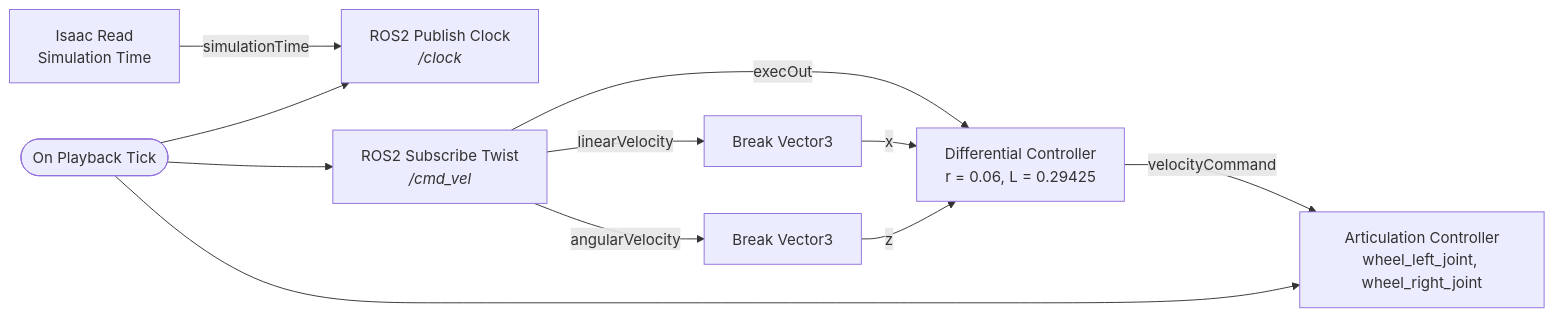
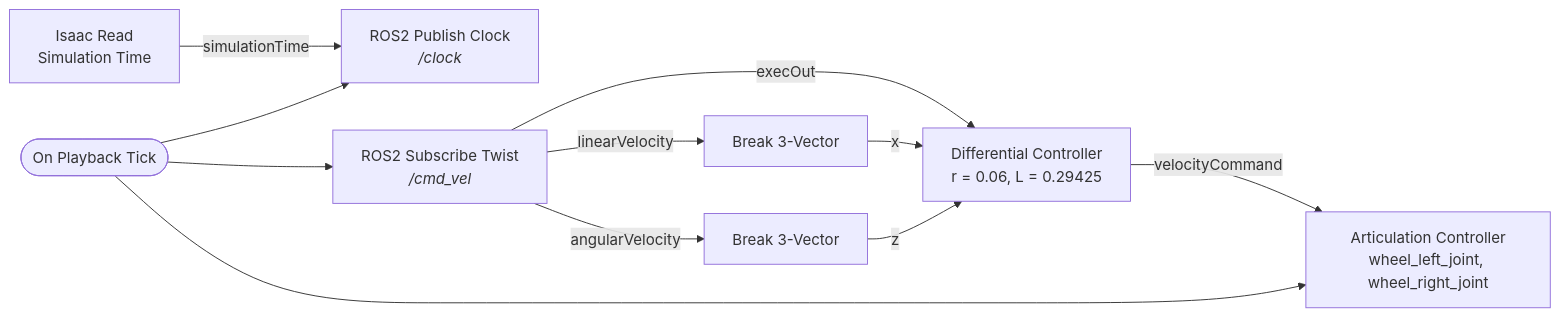
One commit to sakaki-an/Turtlebot3_Lime_IsaacSim changed the diagram in docs/tutorials/06-ros2-drive.md. Above: the diagram before and after it, drawn with Mermaid. The commit also changed other lines of this file and 9 other files, not shown here.

````diff
--- a/docs/tutorials/06-ros2-drive.md
+++ b/docs/tutorials/06-ros2-drive.md
@@ -35,19 +35,19 @@
 ```mermaid
 flowchart LR
   tick([On Playback Tick])
   time[Isaac Read<br/>Simulation Time]
   clock[ROS2 Publish Clock<br/><i>/clock</i>]
   twist[ROS2 Subscribe Twist<br/><i>/cmd_vel</i>]
-  bl[Break Vector3]
-  ba[Break Vector3]
+  bl[Break 3-Vector]
+  ba[Break 3-Vector]
   diff[Differential Controller<br/>r = 0.06, L = 0.29425]
   art[Articulation Controller<br/>wheel_left_joint, wheel_right_joint]
   tick --> clock
-  time -- simulationTime --> clock
+  time -- "simulationTime" --> clock
   tick --> twist
   tick --> art
-  twist -- execOut --> diff
-  twist -- linearVelocity --> bl -- x --> diff
-  twist -- angularVelocity --> ba -- z --> diff
-  diff -- velocityCommand --> art
+  twist -- "execOut" --> diff
+  twist -- "linearVelocity" --> bl -- "x" --> diff
+  twist -- "angularVelocity" --> ba -- "z" --> diff
+  diff -- "velocityCommand" --> art
 ```
````
